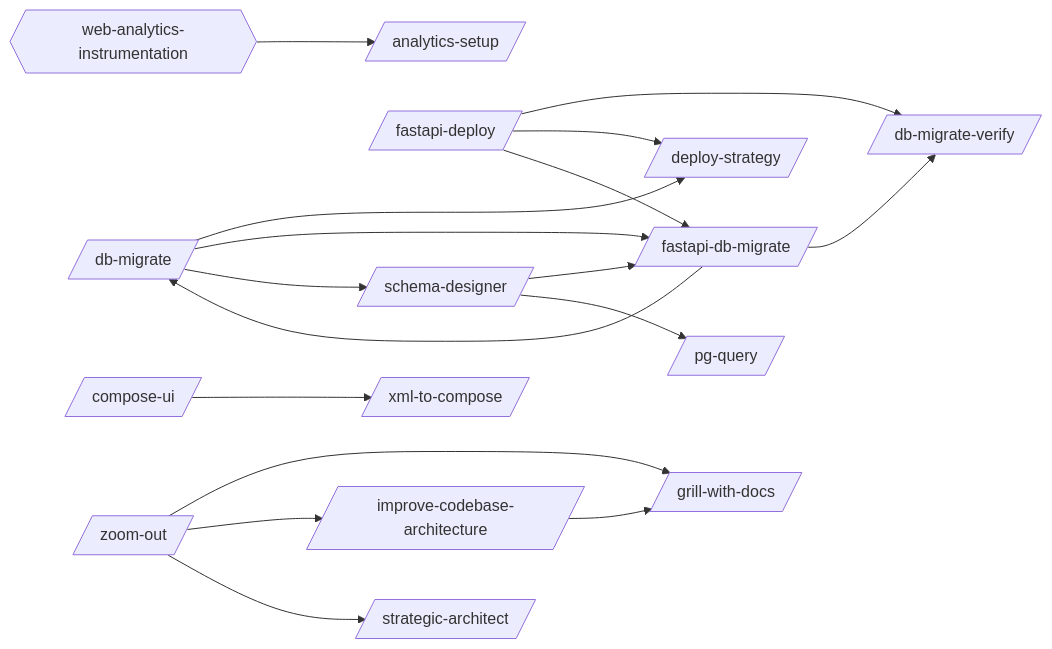
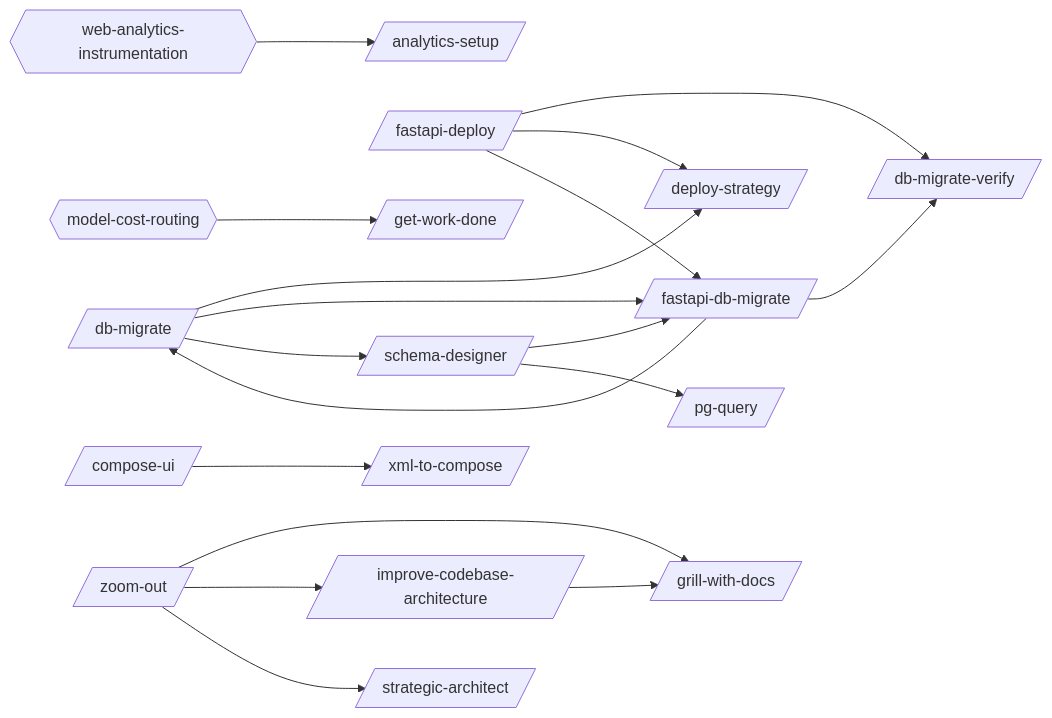
The first of 37 diagrams in docs/workflows/_needs-manual-review.md (abhayla/claude-best-practices), drawn with Mermaid before and after one commit. The commit also changed other lines of this file and 14 other files, not shown here.

````diff
--- a/docs/workflows/_needs-manual-review.md
+++ b/docs/workflows/_needs-manual-review.md
@@ -9,34 +9,37 @@
 ```mermaid
 graph LR
     analytics_setup[/analytics-setup/]
     compose_ui[/compose-ui/]
     db_migrate[/db-migrate/]
     db_migrate_verify[/db-migrate-verify/]
     deploy_strategy[/deploy-strategy/]
     fastapi_db_migrate[/fastapi-db-migrate/]
     fastapi_deploy[/fastapi-deploy/]
+    get_work_done[/get-work-done/]
     grill_with_docs[/grill-with-docs/]
     improve_codebase_architecture[/improve-codebase-architecture/]
     pg_query[/pg-query/]
     schema_designer[/schema-designer/]
     strategic_architect[/strategic-architect/]
     xml_to_compose[/xml-to-compose/]
     zoom_out[/zoom-out/]
+    model_cost_routing{{model-cost-routing}}
     web_analytics_instrumentation{{web-analytics-instrumentation}}
     compose_ui --> xml_to_compose
     db_migrate --> deploy_strategy
     db_migrate --> fastapi_db_migrate
     db_migrate --> schema_designer
     fastapi_db_migrate --> db_migrate
     fastapi_db_migrate --> db_migrate_verify
     fastapi_deploy --> db_migrate_verify
     fastapi_deploy --> deploy_strategy
     fastapi_deploy --> fastapi_db_migrate
     improve_codebase_architecture --> grill_with_docs
     schema_designer --> fastapi_db_migrate
     schema_designer --> pg_query
     zoom_out --> grill_with_docs
     zoom_out --> improve_codebase_architecture
     zoom_out --> strategic_architect
+    model_cost_routing --> get_work_done
     web_analytics_instrumentation --> analytics_setup
 ```
````
